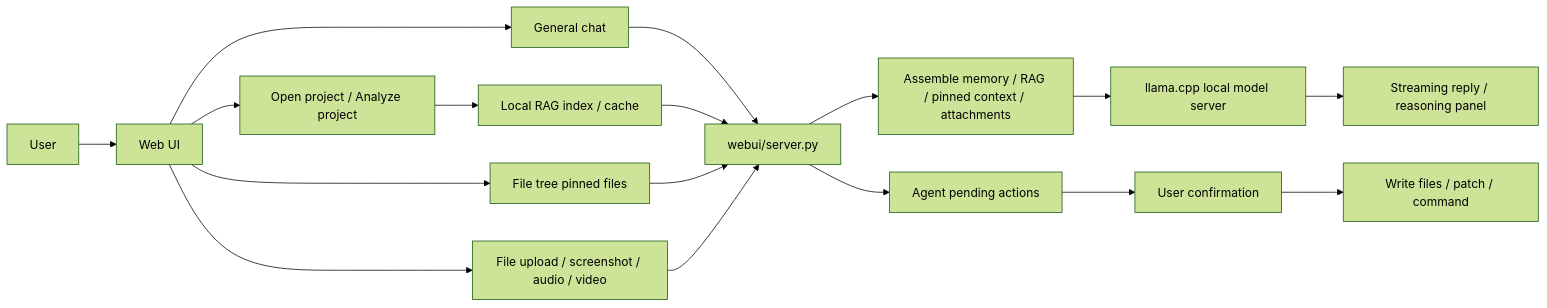
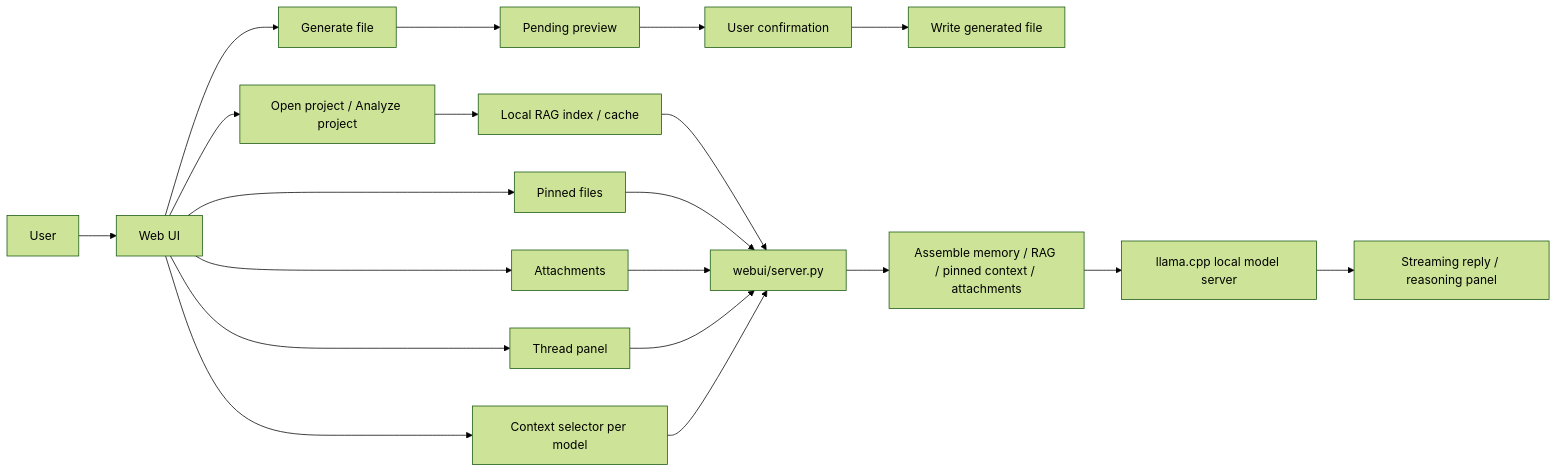
One commit to Lzxpan/CodeWorker changed the diagram in README.en.md. Above: the diagram before and after it, drawn with Mermaid (forest theme). The commit also changed other lines of this file and 17 other files, not shown here.

````diff
--- a/README.en.md
+++ b/README.en.md
@@ -164,19 +166,22 @@
 ```mermaid
 flowchart LR
     U["User"] --> W["Web UI"]
-    W --> G["General chat"]
+    W --> K["Context selector per model"]
+    W --> T["Thread panel"]
     W --> O["Open project / Analyze project"]
     O --> I["Local RAG index / cache"]
-    W --> P["File tree pinned files"]
-    W --> F["File upload / screenshot / audio / video"]
-    G --> S["webui/server.py"]
-    I --> S
+    W --> P["Pinned files"]
+    W --> F["Attachments"]
+    W --> G["Generate file"]
+    I --> S["webui/server.py"]
     P --> S
     F --> S
+    T --> S
+    K --> S
+    G --> A["Pending preview"]
+    A --> Q["User confirmation"]
+    Q --> D["Write generated file"]
     S --> C["Assemble memory / RAG / pinned context / attachments"]
     C --> M["llama.cpp local model server"]
     M --> R["Streaming reply / reasoning panel"]
-    S --> A["Agent pending actions"]
-    A --> Q["User confirmation"]
-    Q --> T["Write files / patch / command"]
 ```
````
